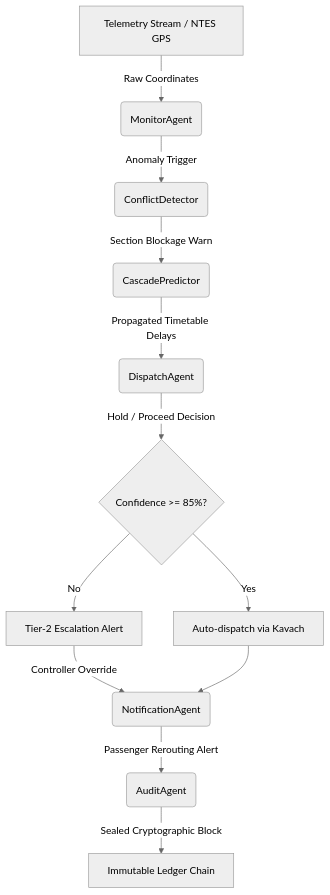
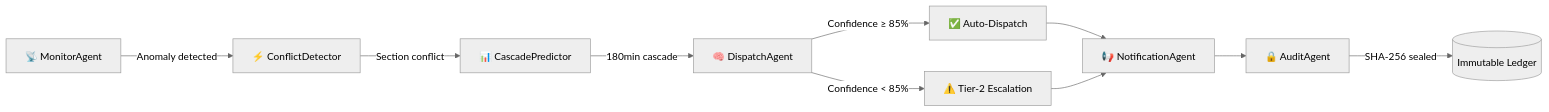
The second of 2 diagrams in README.md (Gaurav711cgu/Rail_Mind), drawn with Mermaid (neutral theme) before and after one commit. The commit also changed other lines of this file and 40 other files, not shown here.

Commit message:
feat: implement db audit tamper-proofing, WebSockets, SHAP chart, rate limiting, and system status metrics

````diff
--- a/README.md
+++ b/README.md
@@ -16,14 +73,12 @@
 ```mermaid
-graph TD
-    A[Telemetry Stream / NTES GPS] -->|Raw Coordinates| B(MonitorAgent)
-    B -->|Anomaly Trigger| C(ConflictDetector)
-    C -->|Section Blockage Warn| D(CascadePredictor)
-    D -->|Propagated Timetable Delays| E(DispatchAgent)
-    E -->|Hold / Proceed Decision| F{Confidence >= 85%?}
-    F -->|Yes| G[Auto-dispatch via Kavach]
-    F -->|No| H[Tier-2 Escalation Alert]
-    H -->|Controller Override| I(NotificationAgent)
-    G --> I
-    I -->|Passenger Rerouting Alert| J(AuditAgent)
-    J -->|Sealed Cryptographic Block| K[Immutable Ledger Chain]
+graph LR
+    A[📡 MonitorAgent] -->|"Anomaly detected"| B[⚡ ConflictDetector]
+    B -->|"Section conflict"| C[📊 CascadePredictor]
+    C -->|"180min cascade"| D[🧠 DispatchAgent]
+    D -->|"Confidence ≥ 85%"| E[✅ Auto-Dispatch]
+    D -->|"Confidence < 85%"| F[⚠️ Tier-2 Escalation]
+    E --> G[📢 NotificationAgent]
+    F --> G
+    G --> H[🔒 AuditAgent]
+    H -->|"SHA-256 sealed"| I[(Immutable Ledger)]
 ```
````
